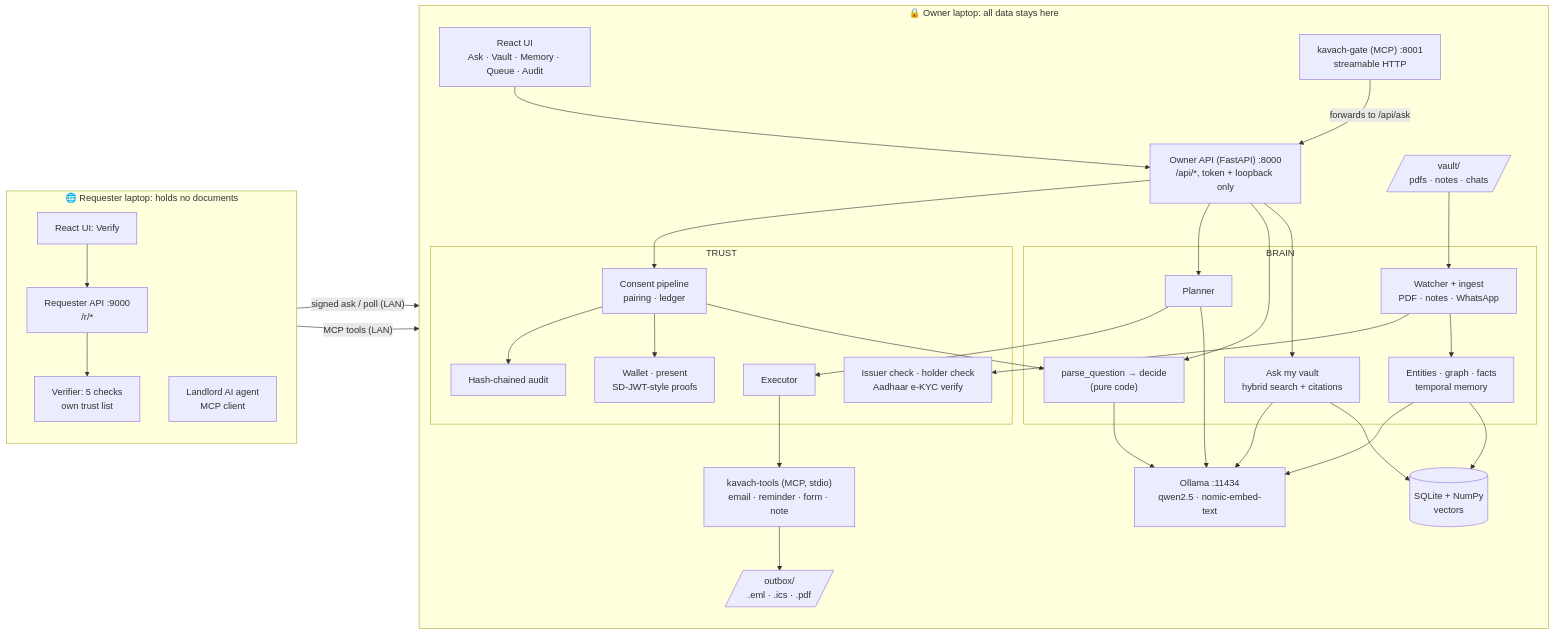
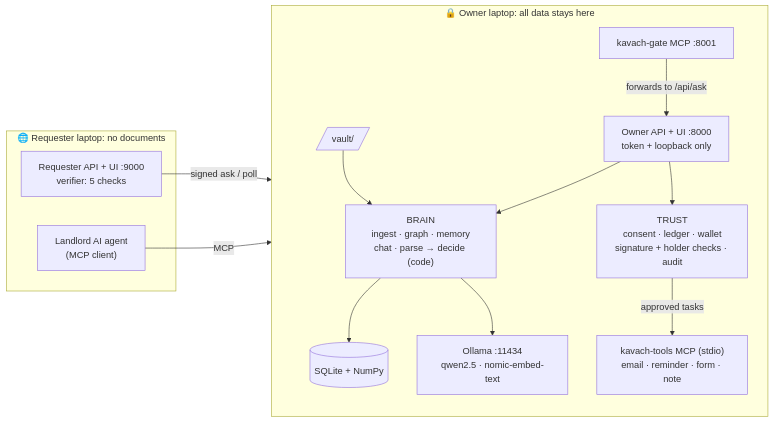
Before and after one commit to Sky00raider/KAVACH: the first of 2 diagrams in README.md, drawn with Mermaid. The commit also changed other lines of this file, not shown here.

````diff
--- a/README.md
+++ b/README.md
@@ -154,50 +66,25 @@
 ```mermaid
 flowchart LR
     subgraph OWNER["🔒 Owner laptop: all data stays here"]
         direction TB
-        UI["React UI<br/>Ask · Vault · Memory · Queue · Audit"]
-        API["Owner API (FastAPI) :8000<br/>/api/*, token + loopback only"]
-        GATE["kavach-gate (MCP) :8001<br/>streamable HTTP"]
-        TOOLS["kavach-tools (MCP, stdio)<br/>email · reminder · form · note"]
-        subgraph BRAIN["BRAIN"]
-            ING["Watcher + ingest<br/>PDF · notes · WhatsApp"]
-            KG["Entities · graph · facts<br/>temporal memory"]
-            CHAT["Ask my vault<br/>hybrid search + citations"]
-            PQ["parse_question → decide<br/>(pure code)"]
-            PLAN["Planner"]
-        end
-        subgraph TRUST["TRUST"]
-            CONS["Consent pipeline<br/>pairing · ledger"]
-            WAL["Wallet · present<br/>SD-JWT-style proofs"]
-            CHK["Issuer check · holder check<br/>Aadhaar e-KYC verify"]
-            AUD["Hash-chained audit"]
-            EXE["Executor"]
-        end
-        DB[("SQLite + NumPy<br/>vectors")]
-        VAULT[/"vault/<br/>pdfs · notes · chats"/]
+        API["Owner API + UI :8000<br/>token + loopback only"]
+        GATE["kavach-gate MCP :8001"]
+        BRAIN["BRAIN<br/>ingest · graph · memory<br/>chat · parse → decide (code)"]
+        TRUST["TRUST<br/>consent · ledger · wallet<br/>signature + holder checks · audit"]
+        TOOLS["kavach-tools MCP (stdio)<br/>email · reminder · form · note"]
+        DB[("SQLite + NumPy")]
+        VAULT[/"vault/"/]
         OLL["Ollama :11434<br/>qwen2.5 · nomic-embed-text"]
-        OUT[/"outbox/<br/>.eml · .ics · .pdf"/]
     end
-
-    subgraph REQ["🌐 Requester laptop: holds no documents"]
-        direction TB
-        RUI["React UI: Verify"]
-        RAPI["Requester API :9000<br/>/r/*"]
-        VER["Verifier: 5 checks<br/>own trust list"]
-        AGENT["Landlord AI agent<br/>MCP client"]
+    subgraph REQ["🌐 Requester laptop: no documents"]
+        RAPI["Requester API + UI :9000<br/>verifier: 5 checks"]
+        AGENT["Landlord AI agent<br/>(MCP client)"]
     end
-
-    UI --> API
-    VAULT --> ING --> KG --> DB
-    CHAT --> DB
-    API --> CHAT & PQ & PLAN & CONS
-    CHAT & KG & PQ & PLAN --> OLL
-    CONS --> PQ
-    CONS --> WAL & AUD
-    ING --> CHK
-    PLAN --> EXE --> TOOLS --> OUT
+    VAULT --> BRAIN --> DB
+    BRAIN --> OLL
+    API --> BRAIN & TRUST
+    TRUST -- "approved tasks" --> TOOLS
     GATE -- "forwards to /api/ask" --> API
-    RUI --> RAPI --> VER
-    RAPI -- "signed ask / poll (LAN)" --> API
-    AGENT -- "MCP tools (LAN)" --> GATE
+    RAPI -- "signed ask / poll" --> API
+    AGENT -- "MCP" --> GATE
 ```
````
